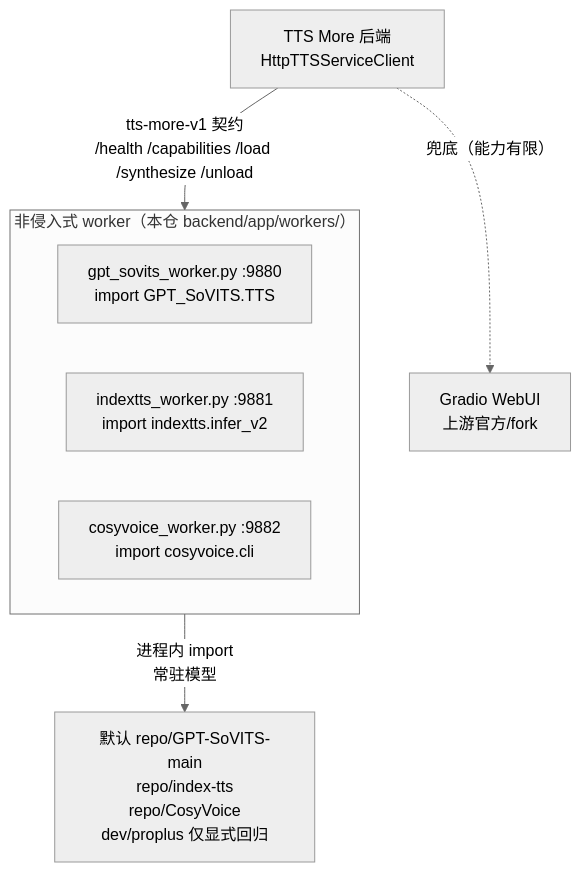
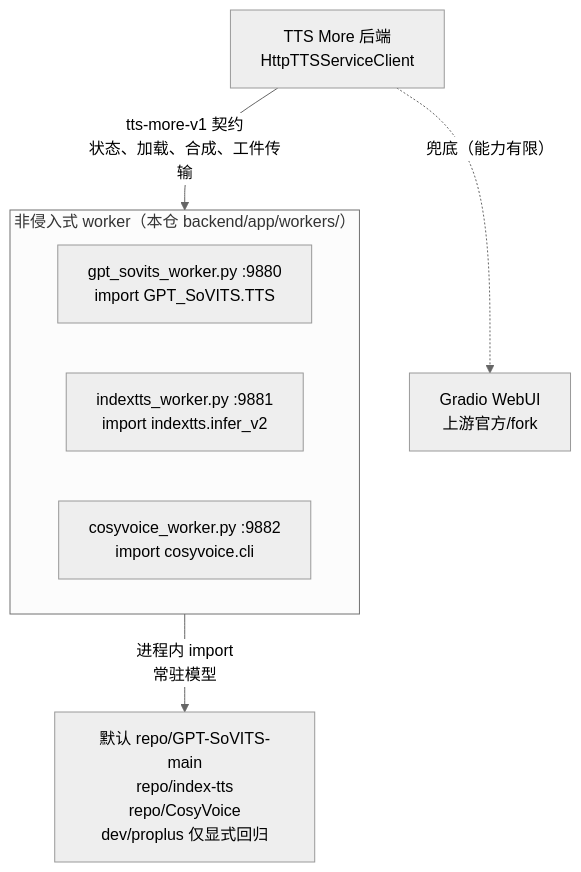
Before and after one commit to XucroYuri/TTS_more: the first of 2 diagrams in docs/workers.md, drawn with Mermaid (neutral theme). The commit also changed other lines of this file and 49 other files, not shown here.

````diff
--- a/docs/workers.md
+++ b/docs/workers.md
@@ -9,11 +9,11 @@
 ```mermaid
 flowchart TD
-    App["TTS More 后端<br/>HttpTTSServiceClient"] -- "tts-more-v1 契约<br/>/health /capabilities /load /synthesize /unload" --> Workers
+    App["TTS More 后端<br/>HttpTTSServiceClient"] -- "tts-more-v1 契约<br/>状态、加载、合成、工件传输" --> Workers
     subgraph Workers["非侵入式 worker（本仓 backend/app/workers/）"]
       W1["gpt_sovits_worker.py :9880<br/>import GPT_SoVITS.TTS"]
       W2["indextts_worker.py :9881<br/>import indextts.infer_v2"]
       W3["cosyvoice_worker.py :9882<br/>import cosyvoice.cli"]
     end
     Workers -- "进程内 import<br/>常驻模型" --> Repos["默认 repo/GPT-SoVITS-main<br/>repo/index-tts<br/>repo/CosyVoice<br/>dev/proplus 仅显式回归"]
     App -. "兜底（能力有限）" .-> Gradio["Gradio WebUI<br/>上游官方/fork"]
 ```
````
